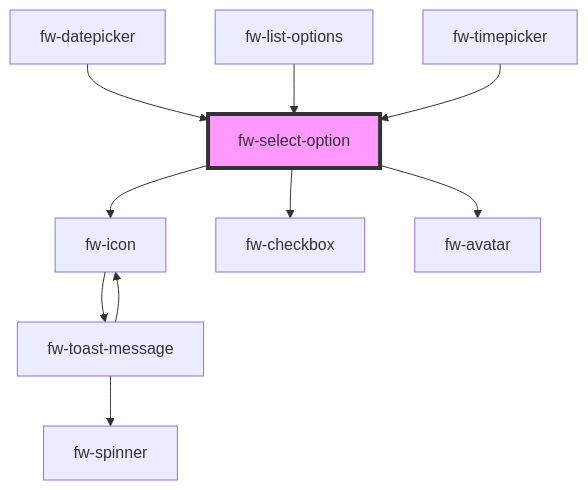
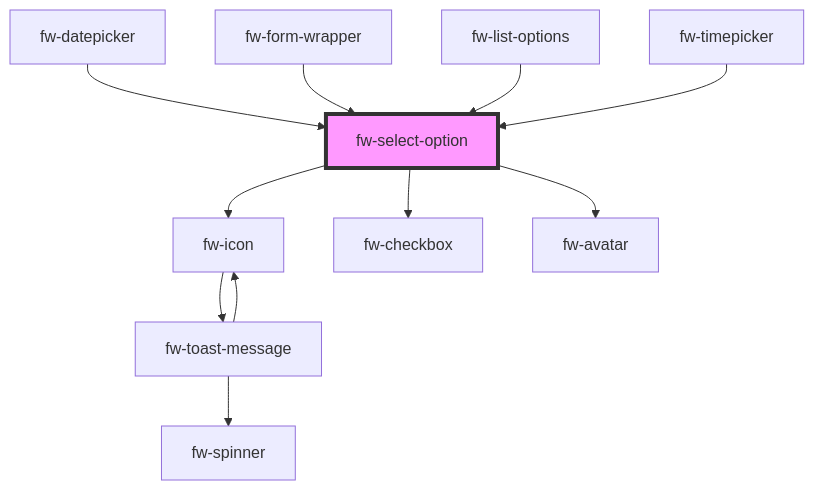
Before and after one commit to freshworks/crayons: the diagram in packages/crayons-core/src/components/select-option/readme.md, drawn with Mermaid. The commit also changed other lines of this file and 11 other files, not shown here.

Commit message:
feat(fw-form): form handlers added for select

````diff
--- a/packages/crayons-core/src/components/select-option/readme.md
+++ b/packages/crayons-core/src/components/select-option/readme.md
@@ -154,13 +155,14 @@
 ```mermaid
 graph TD;
   fw-select-option --> fw-icon
   fw-select-option --> fw-checkbox
   fw-select-option --> fw-avatar
   fw-icon --> fw-toast-message
   fw-toast-message --> fw-spinner
   fw-toast-message --> fw-icon
   fw-datepicker --> fw-select-option
+  fw-form-wrapper --> fw-select-option
   fw-list-options --> fw-select-option
   fw-timepicker --> fw-select-option
   style fw-select-option fill:#f9f,stroke:#333,stroke-width:4px
 ```
````
